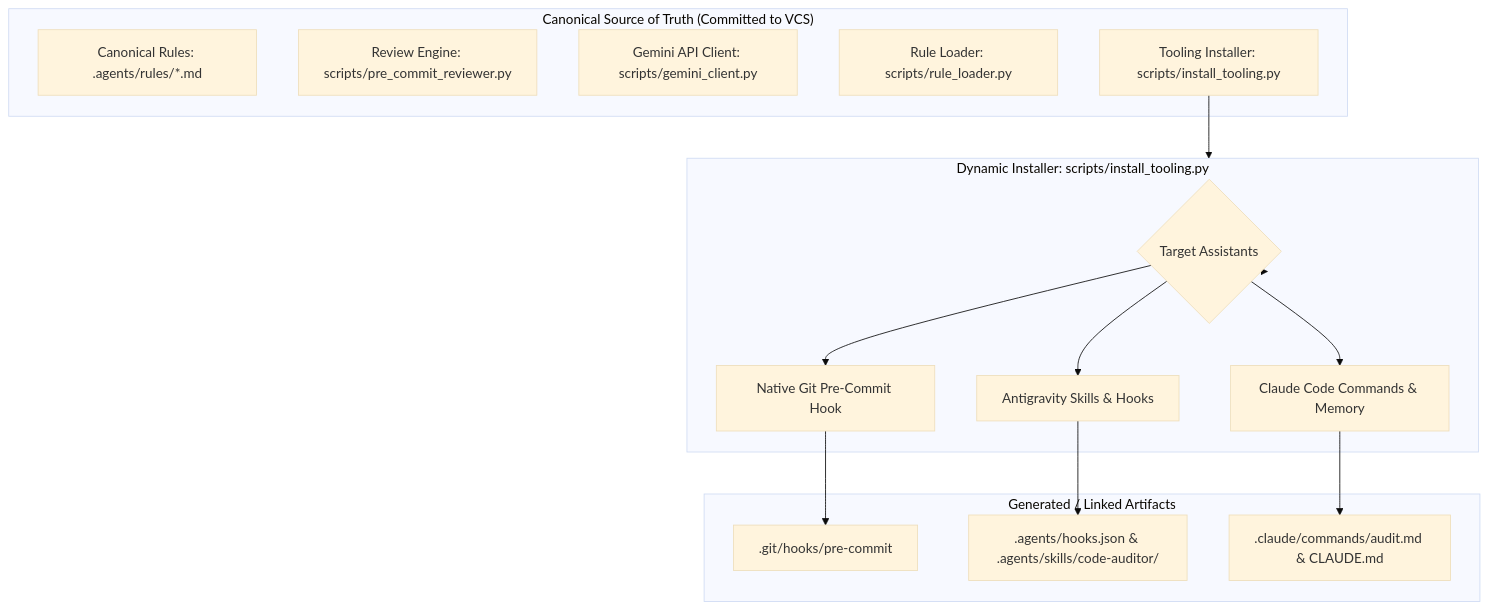
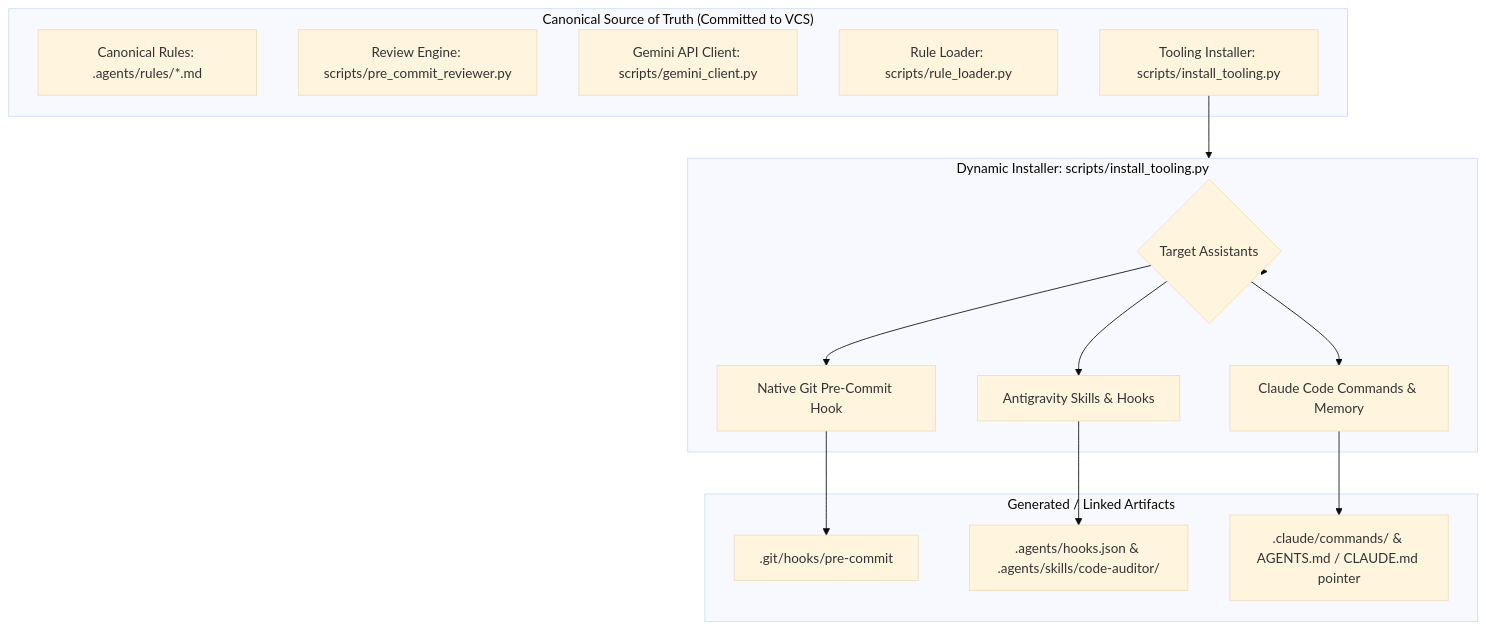
The first of 2 diagrams in README.md (buildwithdc/agentic-dev-starter-kit), drawn with Mermaid (base theme) before and after one commit. The commit also changed other lines of this file and 5 other files, not shown here.

First line of the commit message:
refactor(tooling): support Claude AGENTS.md fallback and insert-only pointer permissions (#8)

````diff
--- a/README.md
+++ b/README.md
@@ -24,29 +24,29 @@
 ```mermaid
 flowchart TD
     subgraph RepoCore ["Canonical Source of Truth (Committed to VCS)"]
         R1[Canonical Rules: .agents/rules/*.md]
         R2[Review Engine: scripts/pre_commit_reviewer.py]
         R3[Gemini API Client: scripts/gemini_client.py]
         R4[Rule Loader: scripts/rule_loader.py]
         R5[Tooling Installer: scripts/install_tooling.py]
     end
 
     subgraph DynamicInstaller ["Dynamic Installer: scripts/install_tooling.py"]
         I1{Target Assistants}
         I2[Native Git Pre-Commit Hook]
         I3[Antigravity Skills & Hooks]
         I4[Claude Code Commands & Memory]
     end
 
     subgraph GeneratedArtifacts ["Generated / Linked Artifacts"]
         G1[".git/hooks/pre-commit"]
         G2[".agents/hooks.json & .agents/skills/code-auditor/"]
-        G3[".claude/commands/audit.md & CLAUDE.md"]
+        G3[".claude/commands/ & AGENTS.md / CLAUDE.md pointer"]
     end
 
     R5 --> DynamicInstaller
     DynamicInstaller --> I1
     I1 --> I2 --> G1
     I1 --> I3 --> G2
     I1 --> I4 --> G3
 ```
````
